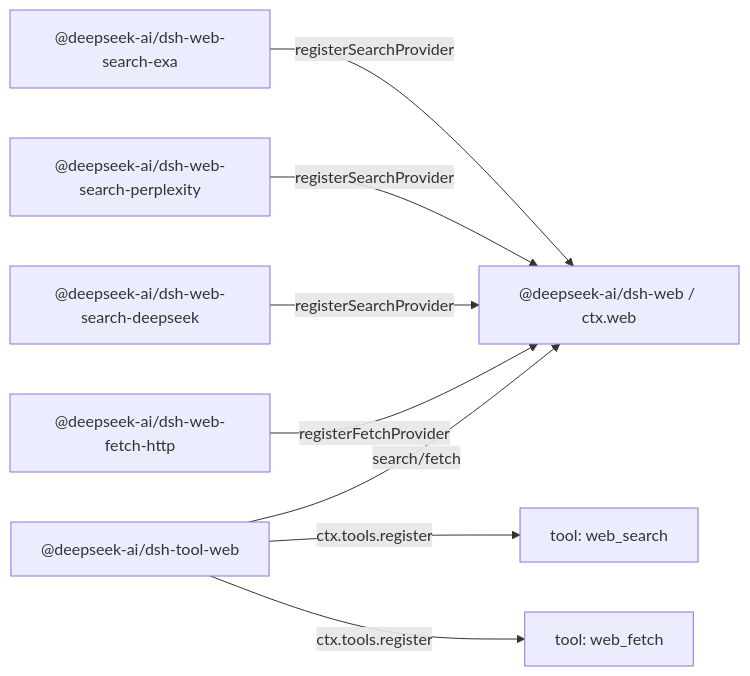
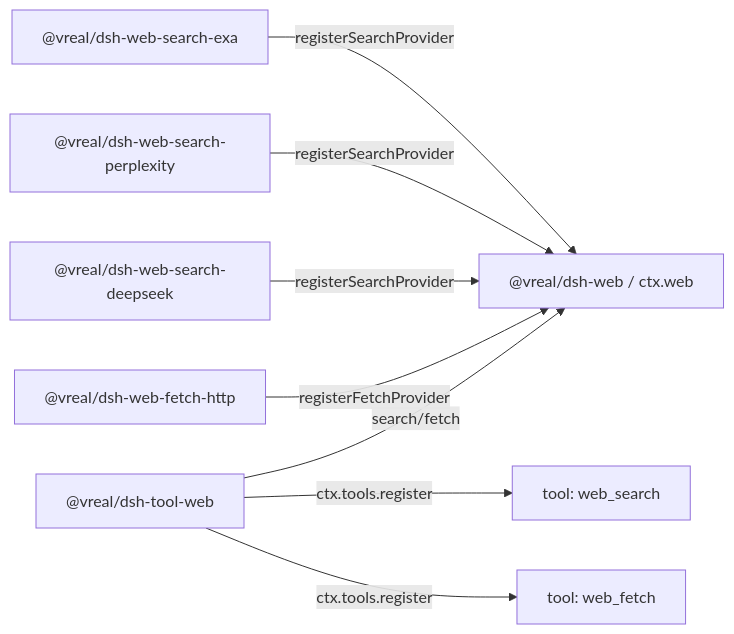
Before and after one commit to coderbyte520/DSH: the diagram in .agents/notes/implemented/architecture/2026-06-24-web-capability-seam.md, drawn with Mermaid. The commit also changed other lines of this file and 3626 other files, not shown here.

First line of the commit message:
Rebrand to Vreal: scope @vreal, product Vreal, repo coderbyte520/DSH

````diff
--- a/.agents/notes/implemented/architecture/2026-06-24-web-capability-seam.md
+++ b/.agents/notes/implemented/architecture/2026-06-24-web-capability-seam.md
@@ -58,10 +58,10 @@
 ```mermaid
 flowchart LR
-  exa["@deepseek-ai/dsh-web-search-exa"] -->|registerSearchProvider| web["@deepseek-ai/dsh-web / ctx.web"]
-  perplexity["@deepseek-ai/dsh-web-search-perplexity"] -->|registerSearchProvider| web
-  deepseek["@deepseek-ai/dsh-web-search-deepseek"] -->|registerSearchProvider| web
-  fetchLocal["@deepseek-ai/dsh-web-fetch-http"] -->|registerFetchProvider| web
-  toolWeb["@deepseek-ai/dsh-tool-web"] -->|search/fetch| web
+  exa["@vreal/dsh-web-search-exa"] -->|registerSearchProvider| web["@vreal/dsh-web / ctx.web"]
+  perplexity["@vreal/dsh-web-search-perplexity"] -->|registerSearchProvider| web
+  deepseek["@vreal/dsh-web-search-deepseek"] -->|registerSearchProvider| web
+  fetchLocal["@vreal/dsh-web-fetch-http"] -->|registerFetchProvider| web
+  toolWeb["@vreal/dsh-tool-web"] -->|search/fetch| web
   toolWeb -->|ctx.tools.register| webSearch["tool: web_search"]
   toolWeb -->|ctx.tools.register| webFetch["tool: web_fetch"]
 ```
````
